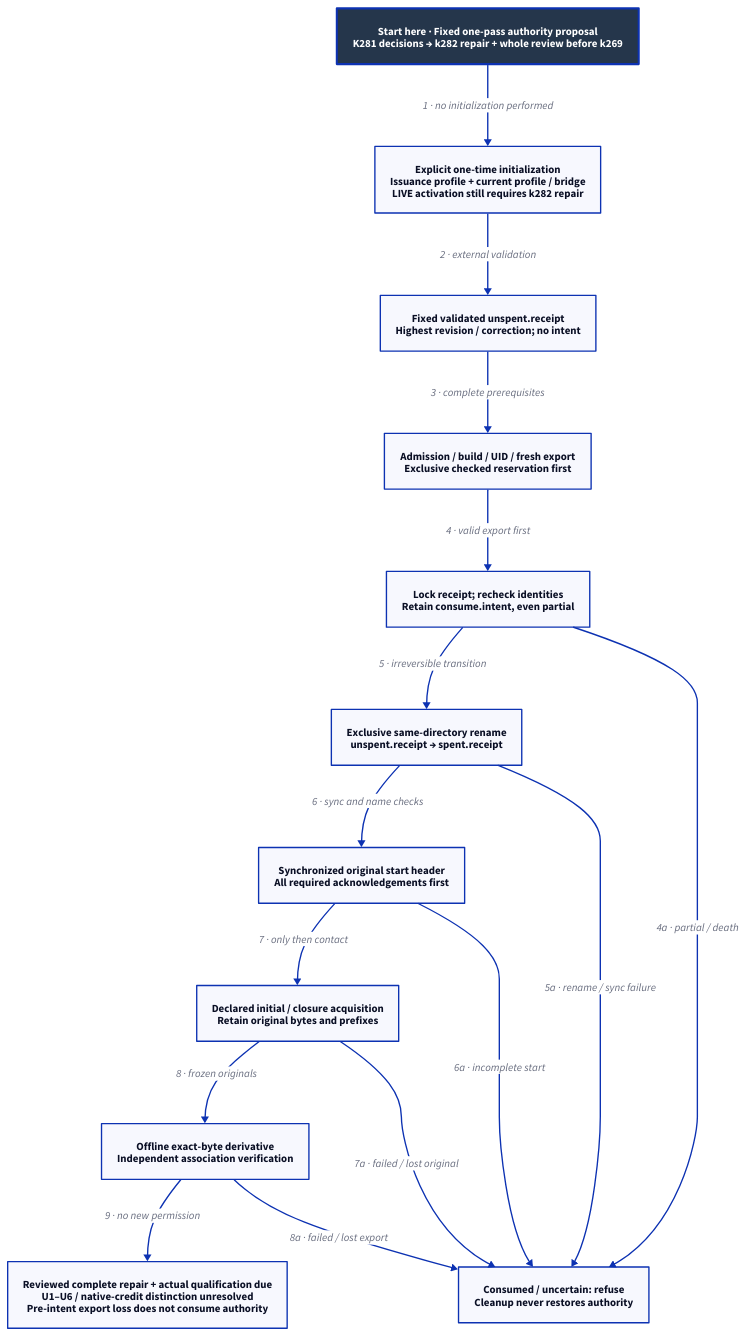
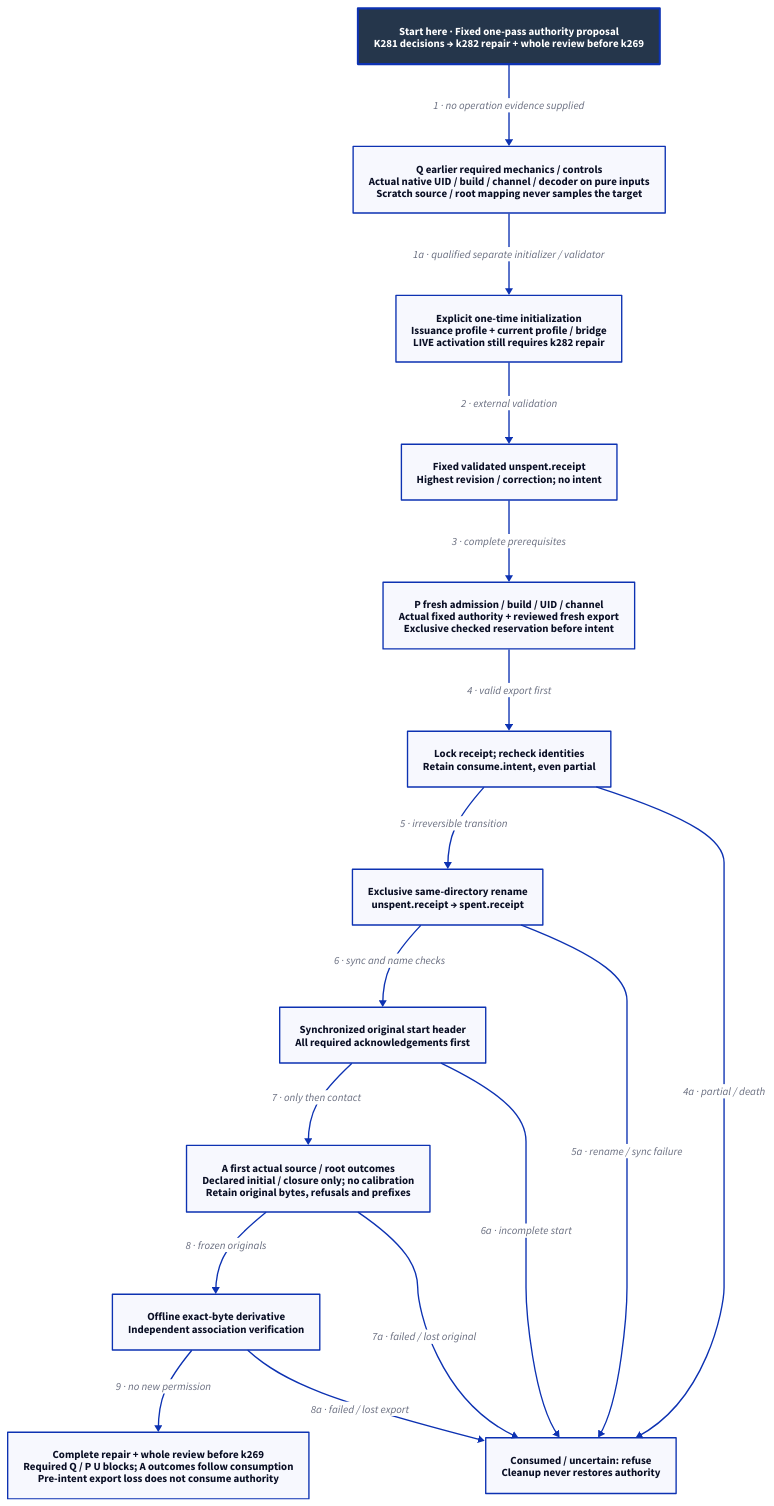
One commit to Linkuistics/Koine changed the diagram in docs/design/architecture/native-reference-admission.d2. Above: the diagram before and after it, drawn with D2. The commit also changed 15 other files, not shown here.

Commit message:
Separate qualification, preflight and attempt credit (reference-evidence-operation-credit-k283)

```diff
--- a/docs/design/architecture/native-reference-admission.d2
+++ b/docs/design/architecture/native-reference-admission.d2
@@ -1,30 +1,32 @@
 # Proposed lifecycle; complete contract is normative and qualification remains due.
 direction: down
 classes: {
   start: {style: {fill: "#25364B"; font-color: "#FFFFFF"; bold: true; stroke-width: 3}}
 }
 Start: "Start here · Fixed one-pass authority proposal\nK281 decisions → k282 repair + whole review before k269" {class: start}
+Qualify: "Q earlier required mechanics / controls\nActual native UID / build / channel / decoder on pure inputs\nScratch source / root mapping never samples the target"
 Provision: "Explicit one-time initialization\nIssuance profile + current profile / bridge\nLIVE activation still requires k282 repair"
 Ready: "Fixed validated unspent.receipt\nHighest revision / correction; no intent"
-Export: "Admission / build / UID / fresh export\nExclusive checked reservation first"
+Export: "P fresh admission / build / UID / channel\nActual fixed authority + reviewed fresh export\nExclusive checked reservation before intent"
 Intent: "Lock receipt; recheck identities\nRetain consume.intent, even partial"
 Spent: "Exclusive same-directory rename\nunspent.receipt → spent.receipt"
 Original: "Synchronized original start header\nAll required acknowledgements first"
-Capture: "Declared initial / closure acquisition\nRetain original bytes and prefixes"
+Capture: "A first actual source / root outcomes\nDeclared initial / closure only; no calibration\nRetain original bytes, refusals and prefixes"
 Derivative: "Offline exact-byte derivative\nIndependent association verification"
 Refuse: "Consumed / uncertain: refuse\nCleanup never restores authority"
-Limit: "Reviewed complete repair + actual qualification due\nU1–U6 / native-credit distinction unresolved\nPre-intent export loss does not consume authority"
-Start -> Provision: "1 · no initialization performed"
+Limit: "Complete repair + whole review before k269\nRequired Q / P U blocks; A outcomes follow consumption\nPre-intent export loss does not consume authority"
+Start -> Qualify: "1 · no operation evidence supplied"
+Qualify -> Provision: "1a · qualified separate initializer / validator"
 Provision -> Ready: "2 · external validation"
 Ready -> Export: "3 · complete prerequisites"
 Export -> Intent: "4 · valid export first"
 Intent -> Spent: "5 · irreversible transition"
 Spent -> Original: "6 · sync and name checks"
 Original -> Capture: "7 · only then contact"
 Capture -> Derivative: "8 · frozen originals"
 Derivative -> Limit: "9 · no new permission"
 Intent -> Refuse: "4a · partial / death"
 Spent -> Refuse: "5a · rename / sync failure"
 Original -> Refuse: "6a · incomplete start"
 Capture -> Refuse: "7a · failed / lost original"
 Derivative -> Refuse: "8a · failed / lost export"
```
